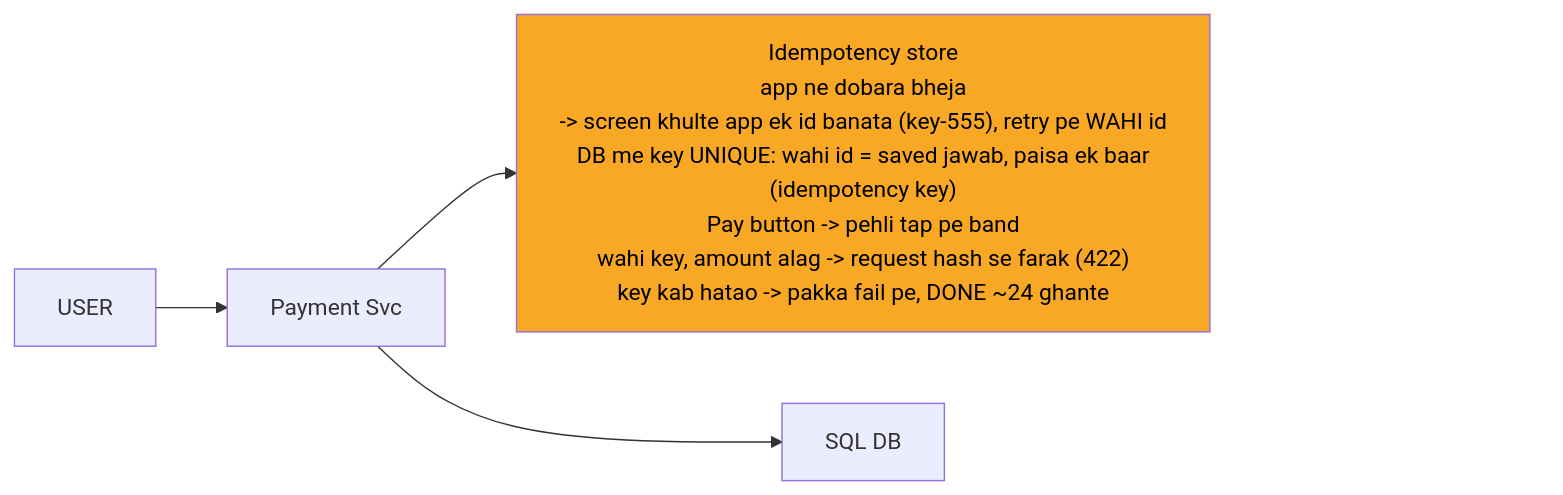
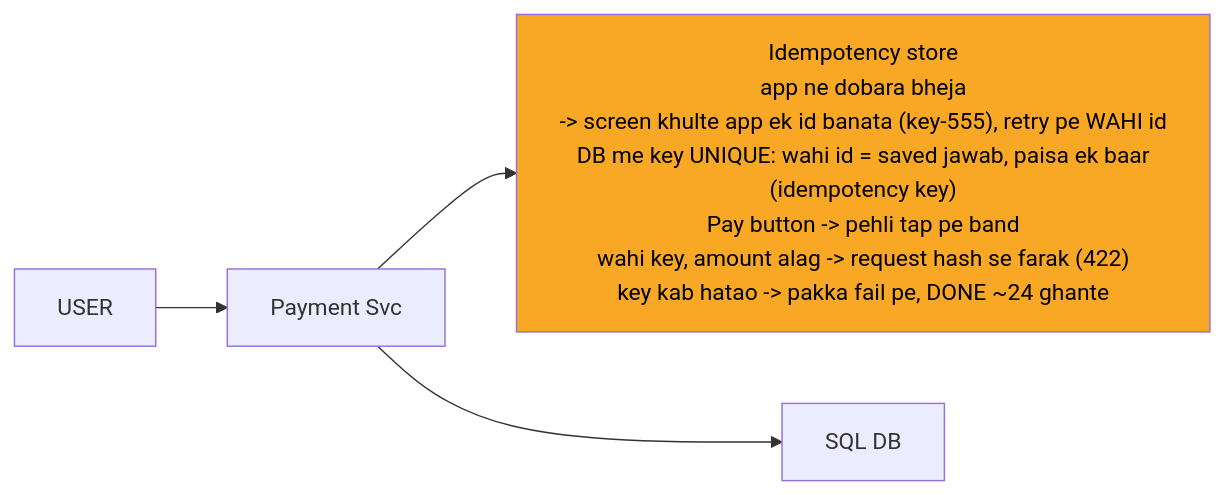
The fourth of 12 diagrams in 04_HLD/SYSTEM_DESIGNS/06_payment_system/06_payment_system.md (ArpanMaheshwari144/Prep), drawn with Mermaid before and after one commit. The commit also changed other lines of this file and 182 other files, not shown here.

Commit message:
hld 14 file: har diagram mermaid-cli se SVG image (source details me), n_pad hataya, render tool 04_HLD/tools

````diff
--- a/04_HLD/SYSTEM_DESIGNS/06_payment_system/06_payment_system.md
+++ b/04_HLD/SYSTEM_DESIGNS/06_payment_system/06_payment_system.md
@@ -199,15 +215,12 @@
 ```mermaid
 %%{init: {"flowchart": {"wrappingWidth": 450}}}%%
 flowchart LR
     n_USER["USER"]
     n_Payment_Svc["Payment Svc"]
     n_Idempotency_store["Idempotency store<br/>app ne dobara bheja<br/>-> screen khulte app ek id banata (key-555), retry pe WAHI id<br/>DB me key UNIQUE: wahi id = saved jawab, paisa ek baar<br/>(idempotency key)<br/>Pay button -> pehli tap pe band<br/>wahi key, amount alag -> request hash se farak (422)<br/>key kab hatao -> pakka fail pe, DONE ~24 ghante"]
     n_DB["SQL DB"]
     n_USER --> n_Payment_Svc
     n_Payment_Svc --> n_Idempotency_store
     n_Payment_Svc --> n_DB
-    n_pad["xxxxxxxxxxxxxxxx"]
-    n_Idempotency_store ~~~ n_pad
     style n_Idempotency_store fill:#f9a825,color:#000
-    style n_pad fill:none,stroke:none,color:#ffffff00
 ```
````
